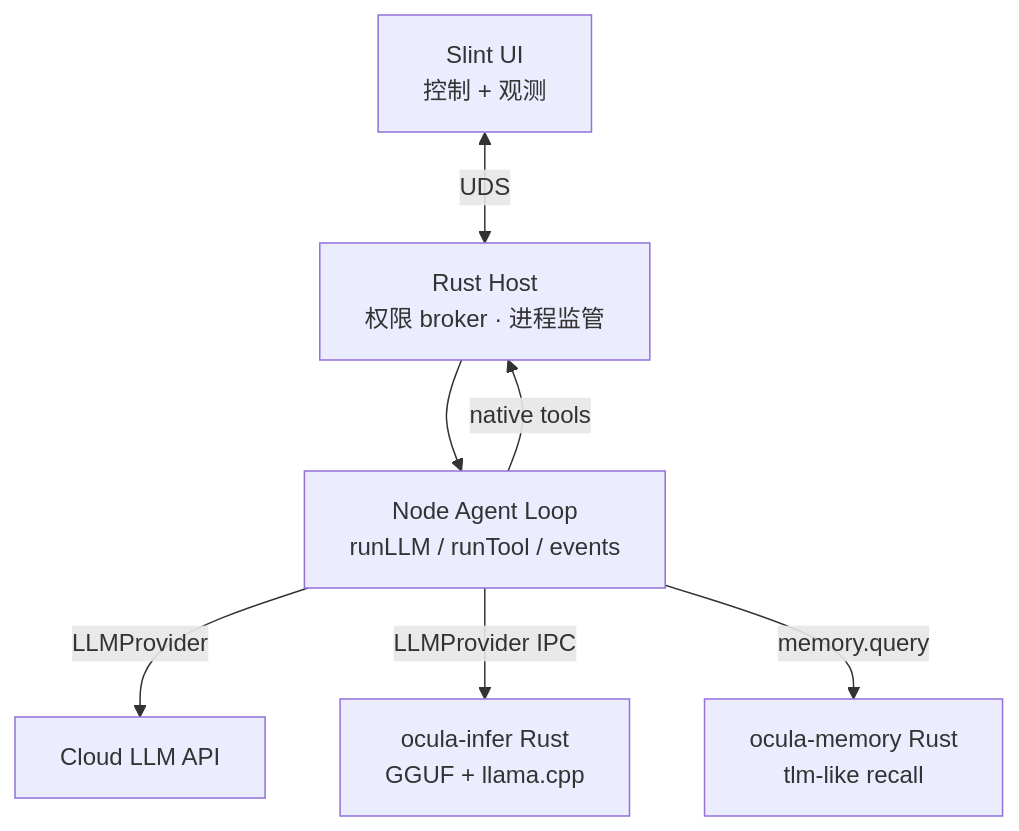
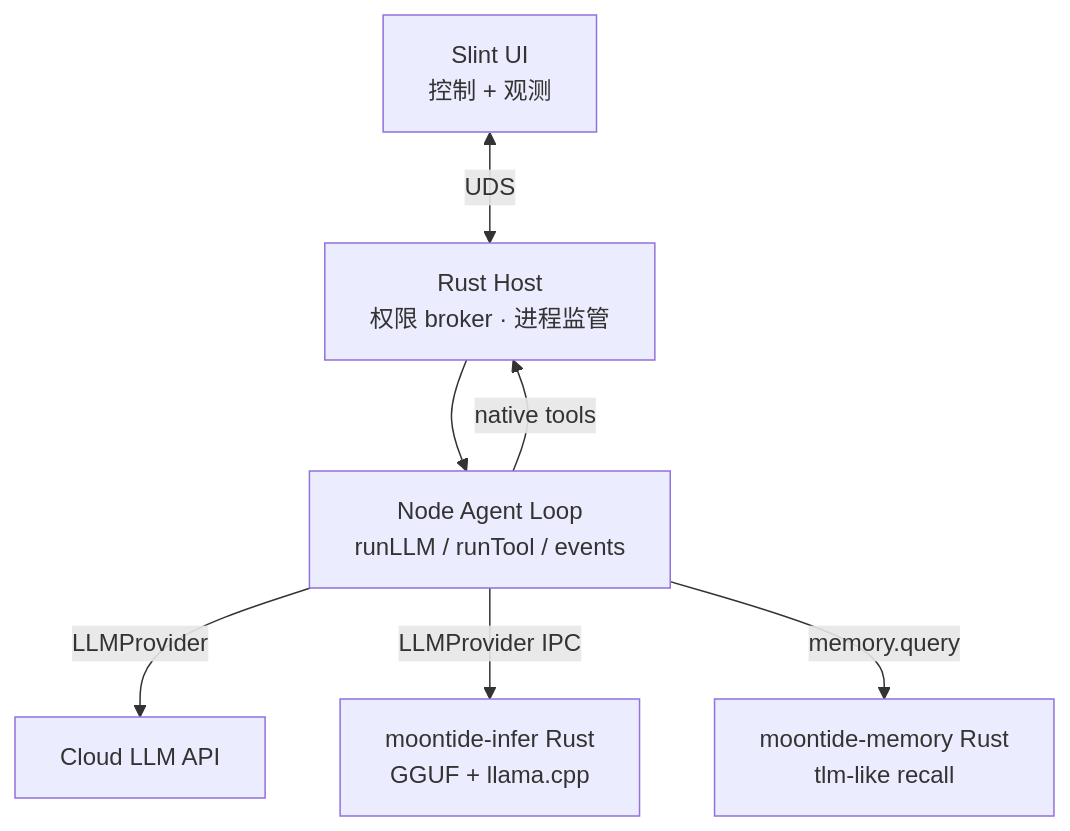
Before and after one commit to chendpoc/moontide: the diagram in docs/notes/kocoro-architecture.md, drawn with Mermaid. The commit also changed other lines of this file and 35 other files, not shown here.

````diff
--- a/docs/notes/kocoro-architecture.md
+++ b/docs/notes/kocoro-architecture.md
@@ -202,16 +202,16 @@
 ```mermaid
 flowchart TB
   UI["Slint UI\n控制 + 观测"]
   Node["Node Agent Loop\nrunLLM / runTool / events"]
-  Infer["ocula-infer Rust\nGGUF + llama.cpp"]
-  Mem["ocula-memory Rust\ntlm-like recall"]
+  Infer["moontide-infer Rust\nGGUF + llama.cpp"]
+  Mem["moontide-memory Rust\ntlm-like recall"]
   Host["Rust Host\n权限 broker · 进程监管"]
   Cloud["Cloud LLM API"]
 
   UI <-->|UDS| Host
   Host --> Node
   Node -->|LLMProvider| Cloud
   Node -->|LLMProvider IPC| Infer
   Node -->|memory.query| Mem
   Node -->|native tools| Host
 ```
````
